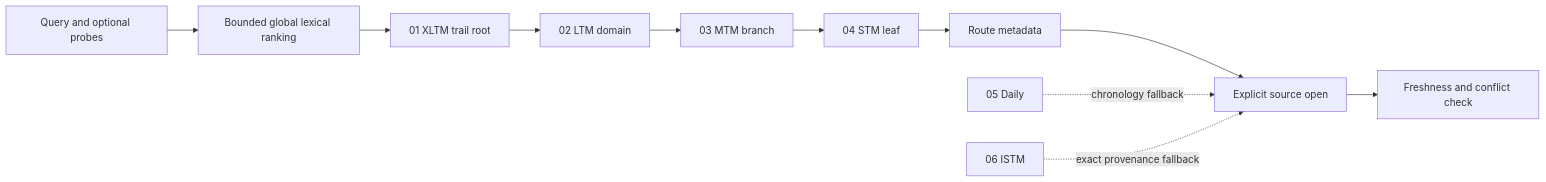
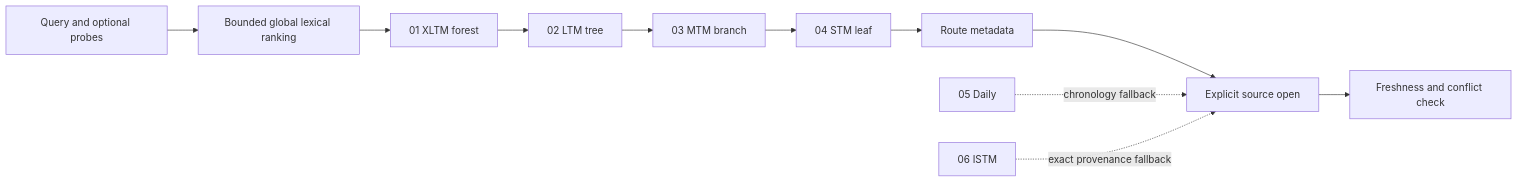
The second of 3 diagrams in docs/architecture.md (hyungchulc/memory-forest), drawn with Mermaid before and after one commit. The commit also changed other lines of this file and 17 other files, not shown here.

````diff
--- a/docs/architecture.md
+++ b/docs/architecture.md
@@ -23,8 +29,8 @@
 ```mermaid
 flowchart LR
     Q["Query and optional probes"] --> F["Bounded global lexical ranking"]
-    F --> X["01 XLTM trail root"] --> L["02 LTM domain"] --> M["03 MTM branch"] --> S["04 STM leaf"]
+    F --> X["01 XLTM forest"] --> L["02 LTM tree"] --> M["03 MTM branch"] --> S["04 STM leaf"]
     S --> R["Route metadata"] --> O["Explicit source open"] --> V["Freshness and conflict check"]
     D["05 Daily"] -. chronology fallback .-> O
     I["06 ISTM"] -. exact provenance fallback .-> O
 ```
````
